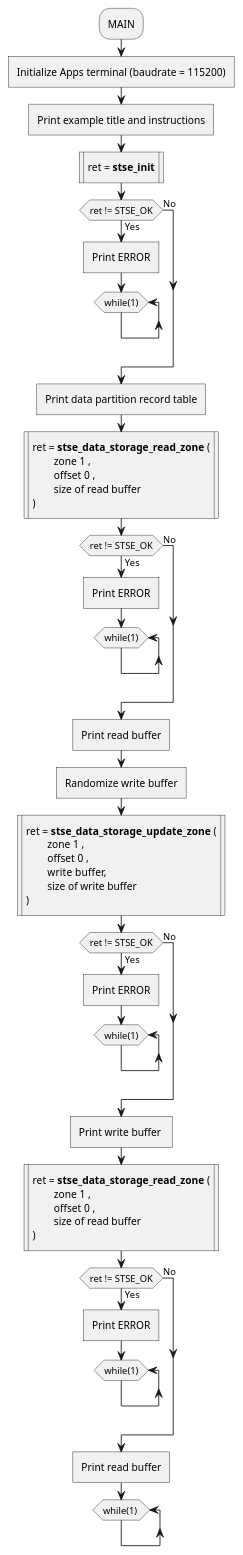
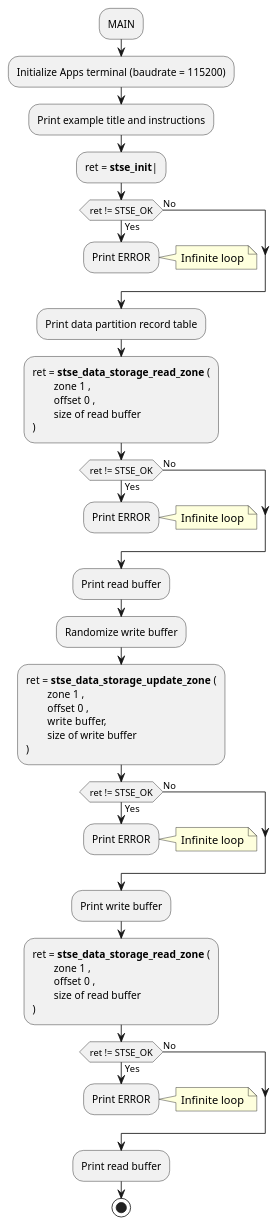
The diagram in Documentation/resources/Markdown/03_Project_examples_description/secure_data_storage_zone_access/STSAFE-A120_secure_data_storage_zone_access.md (Grom-perso/STSAFE-A120_examples_dev), drawn with PlantUML before and after one commit. The commit also changed other lines of this file and 23 other files, not shown here.

```diff
--- a/Documentation/resources/Markdown/03_Project_examples_description/secure_data_storage_zone_access/STSAFE-A120_secure_data_storage_zone_access.md
+++ b/Documentation/resources/Markdown/03_Project_examples_description/secure_data_storage_zone_access/STSAFE-A120_secure_data_storage_zone_access.md
@@ -15,71 +15,64 @@
 @startuml "STSAFE-A120_Device_authentication Example flowchart" width=5cm
 
 	:MAIN;
-	:Initialize Apps terminal (baudrate = 115200)]
-	:Print example title and instructions]
-	:ret = <b>stse_init</b>|
+	:Initialize Apps terminal (baudrate = 115200);
+	:Print example title and instructions;
+	:ret = <b>stse_init</b>|;
 	if(ret != STSE_OK) then (No)
 	else (Yes)
-		:Print ERROR]
-		while (while(1))
-		end while
+		:Print ERROR;
+		note right: Infinite loop
 		-[hidden]->
 		detach
 	endif
 	
-	:Print data partition record table]
+	:Print data partition record table;
 	
 	:ret = <b>stse_data_storage_read_zone</b> (
 	\tzone 1 , 
 	\toffset 0 , 
 	\tsize of read buffer
-	)|
+	);
 	if(ret != STSE_OK) then (No)
 	else (Yes)
-		:Print ERROR]
-		while (while(1))
-		end while
+		:Print ERROR;
+		note right: Infinite loop
 		-[hidden]->
 		detach
 	endif
 	
-	:Print read buffer]
-	:Randomize write buffer]
+	:Print read buffer;
+	:Randomize write buffer;
 	
 	:ret = <b>stse_data_storage_update_zone</b> (
 	\tzone 1 ,
 	\toffset 0 , 
 	\twrite buffer,
 	\tsize of write buffer
-	)|
+	);
 	if(ret != STSE_OK) then (No)
 	else (Yes)
-		:Print ERROR]
-		while (while(1))
-		end while
+		:Print ERROR;
+		note right: Infinite loop
 		-[hidden]->
 		detach
 	endif
-	:Print write buffer ]
+	:Print write buffer;
 	
 	:ret = <b>stse_data_storage_read_zone</b> (
 	\tzone 1 , 
 	\toffset 0 , 
 	\tsize of read buffer
-	)|
+	);
 	if(ret != STSE_OK) then (No)
 	else (Yes)
-		:Print ERROR]
-		while (while(1))
-		end while
+		:Print ERROR;
+		note right: Infinite loop
 		-[hidden]->
 		detach
 	endif
 	
-	:Print read buffer]
+	:Print read buffer;
 	
-	while (while(1) )
-	end while
-	-[hidden]->
-	detach
+	stop
 @enduml
```
